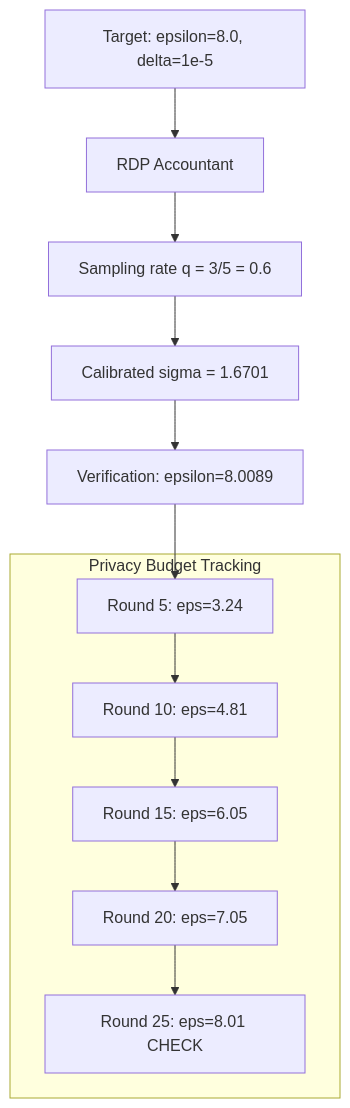
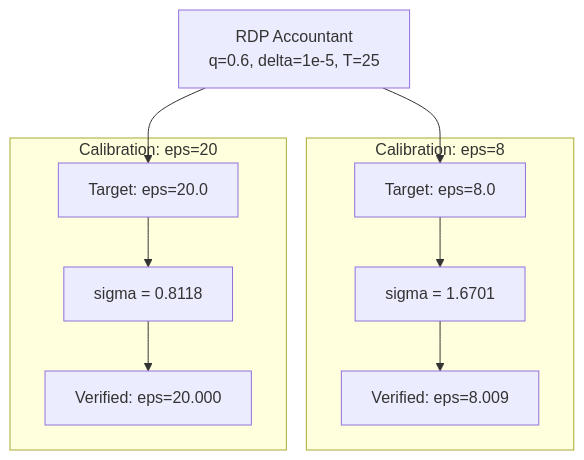
Before and after one commit to ursuswh-metamorphic/SDA_SecureDataAlliance: the second of 11 diagrams in docs/DP_Evaluation_Report.md, drawn with Mermaid. The commit also changed other lines of this file and 2 other files, not shown here.

Commit message:
Update report with eps=20 results and add eps20 logs

````diff
--- a/docs/DP_Evaluation_Report.md
+++ b/docs/DP_Evaluation_Report.md
@@ -61,16 +60,15 @@
 ```mermaid
 graph TD
-    A["Target: epsilon=8.0, delta=1e-5"] --> B["RDP Accountant"]
-    B --> C["Sampling rate q = 3/5 = 0.6"]
-    C --> D["Calibrated sigma = 1.6701"]
-    D --> E["Verification: epsilon=8.0089"]
+    subgraph "Calibration: eps=8"
+        A1["Target: eps=8.0"] --> B1["sigma = 1.6701"]
+        B1 --> C1["Verified: eps=8.009"]
+    end
 
-    subgraph "Privacy Budget Tracking"
-        F["Round 5: eps=3.24"]
-        G["Round 10: eps=4.81"]
-        H["Round 15: eps=6.05"]
-        I["Round 20: eps=7.05"]
-        J["Round 25: eps=8.01 CHECK"]
+    subgraph "Calibration: eps=20"
+        A2["Target: eps=20.0"] --> B2["sigma = 0.8118"]
+        B2 --> C2["Verified: eps=20.000"]
     end
-    E --> F --> G --> H --> I --> J
+
+    D["RDP Accountant<br/>q=0.6, delta=1e-5, T=25"] --> A1
+    D --> A2
 ```
````
